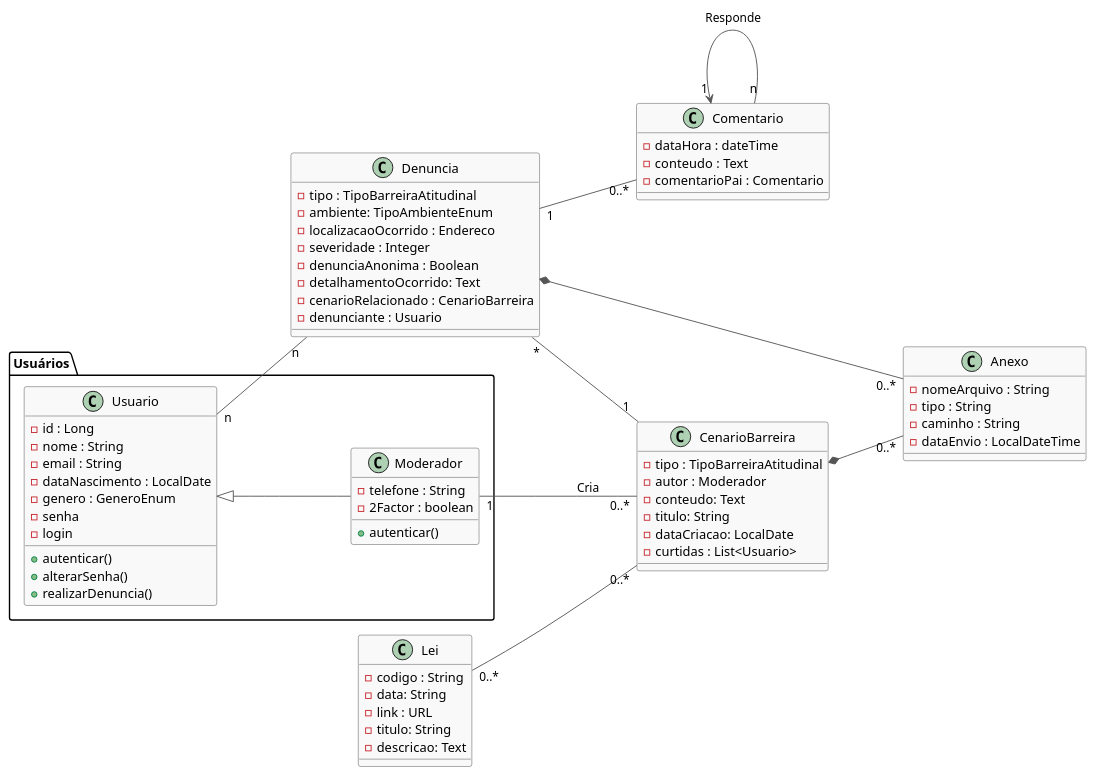
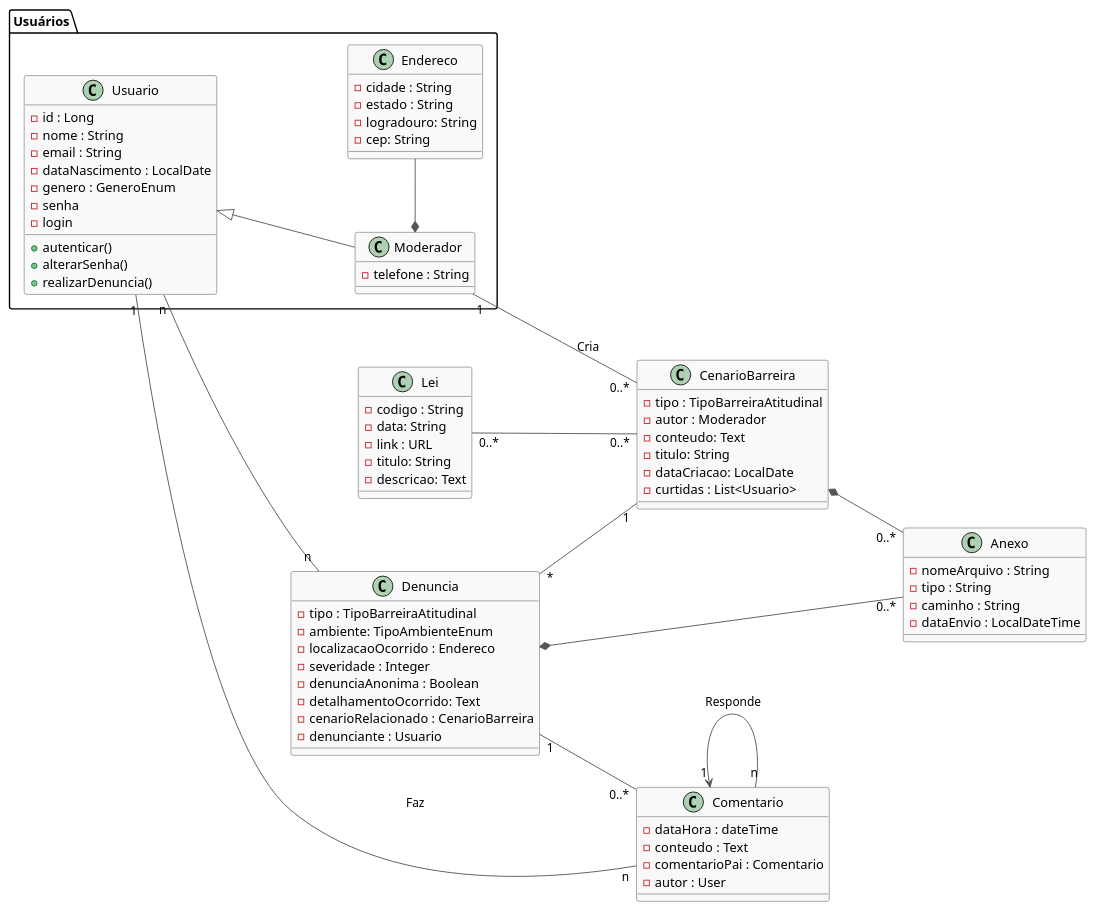
The diagram in docs/diagrams/class.puml (jaderAdriel/denuncie-barreiras), drawn with PlantUML before and after one commit. The commit also changed 3 other files, not shown here.

```diff
--- a/docs/diagrams/class.puml
+++ b/docs/diagrams/class.puml
@@ -1,99 +1,106 @@
 @startuml
 ' https://plantuml.com/class-diagram
 
 skinparam Dpi 100
 skinparam Nodesep 80
 skinparam Ranksep 80
 skinparam classBackgroundColor #F9F9F9
 skinparam classBorderColor #444444
 skinparam classArrowColor #555555
 skinparam noteBackgroundColor #FFF9C4
 skinparam noteBorderColor #E0E0E0
 skinparam groupInheritance 2
 
 left to right direction
 
 package "Usuários" {
 
     class Usuario {
         - id : Long
         - nome : String
         - email : String
         - dataNascimento : LocalDate
         - genero : GeneroEnum
         - senha
         - login
         + autenticar()
         + alterarSenha()
         + realizarDenuncia()
     }
 
      class Moderador {
         - telefone : String
-        - 2Factor : boolean
-        + autenticar()
+    }
+
+    class Endereco {
+        - cidade : String
+        - estado : String
+        - logradouro: String
+        - cep: String
     }
 }
 
 class CenarioBarreira {
     - tipo : TipoBarreiraAtitudinal
     - autor : Moderador
     - conteudo: Text
     - titulo: String
     - dataCriacao: LocalDate
     - curtidas : List<Usuario>
 }
 
 class Lei {
     - codigo : String
     - data: String
     - link : URL
     - titulo: String
     - descricao: Text
 }
 
 class Comentario {
     - dataHora : dateTime
     - conteudo : Text
     - comentarioPai : Comentario
+    - autor : User
 }
 
 
 class Denuncia {
     - tipo : TipoBarreiraAtitudinal
     - ambiente: TipoAmbienteEnum
     - localizacaoOcorrido : Endereco
     - severidade : Integer
     - denunciaAnonima : Boolean
     - detalhamentoOcorrido: Text
     - cenarioRelacionado : CenarioBarreira
     - denunciante : Usuario
 }
 
 class Anexo {
     - nomeArquivo : String
     - tipo : String
     - caminho : String
     - dataEnvio : LocalDateTime
 }
 
 
 
 'Herança de Pessoa
 'Pessoa <|-- Usuario
 Usuario <|-- Moderador
 Usuario "n" -- "n" Denuncia
 
 Comentario "1" <-- "n" Comentario : "Responde"
+Comentario "n" -- "1" Usuario : "Faz"
 
-
+Moderador *- Endereco
 Moderador "1"  -- "0..*" CenarioBarreira : "Cria"
 
 Denuncia "*" -- "1" CenarioBarreira
 Denuncia "1" -- "0..*" Comentario
 Lei "0..*" -- "0..*" CenarioBarreira
 
 Denuncia *-- "0..*" Anexo
 CenarioBarreira *-- "0..*" Anexo
 
 @enduml
```
